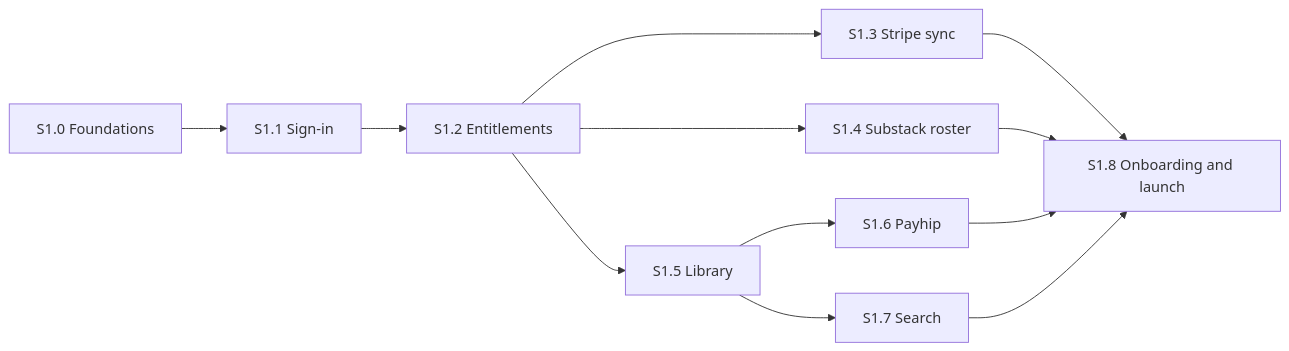
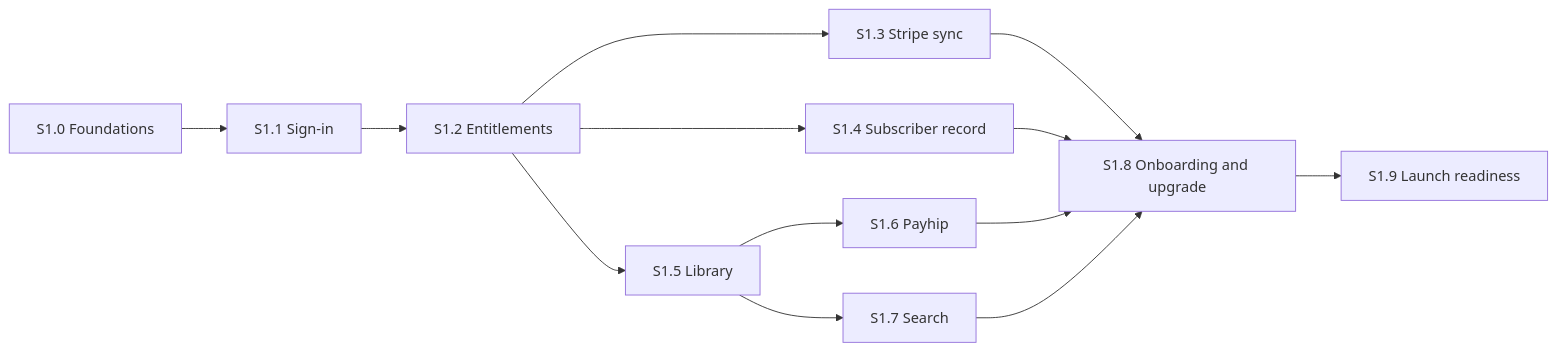
One commit to elenaokhonko-eng/audhd-research-platform changed the diagram in docs/plans/stage-1-members-and-commerce.md. Above: the diagram before and after it, drawn with Mermaid. The commit also changed other lines of this file and 21 other files, not shown here.

First line of the commit message:
Architecture v4: fixes from two independent reviews

````diff
--- a/docs/plans/stage-1-members-and-commerce.md
+++ b/docs/plans/stage-1-members-and-commerce.md
@@ -18,14 +18,15 @@
 ```mermaid
 flowchart LR
   S0[S1.0 Foundations] --> S1[S1.1 Sign-in]
   S1 --> S2[S1.2 Entitlements]
   S2 --> S3[S1.3 Stripe sync]
-  S2 --> S4[S1.4 Substack roster]
+  S2 --> S4[S1.4 Subscriber record]
   S2 --> S5[S1.5 Library]
   S5 --> S6[S1.6 Payhip]
   S5 --> S7[S1.7 Search]
-  S3 --> S8[S1.8 Onboarding and launch]
+  S3 --> S8[S1.8 Onboarding and upgrade]
   S4 --> S8
   S6 --> S8
   S7 --> S8
+  S8 --> S9[S1.9 Launch readiness]
 ```
````
